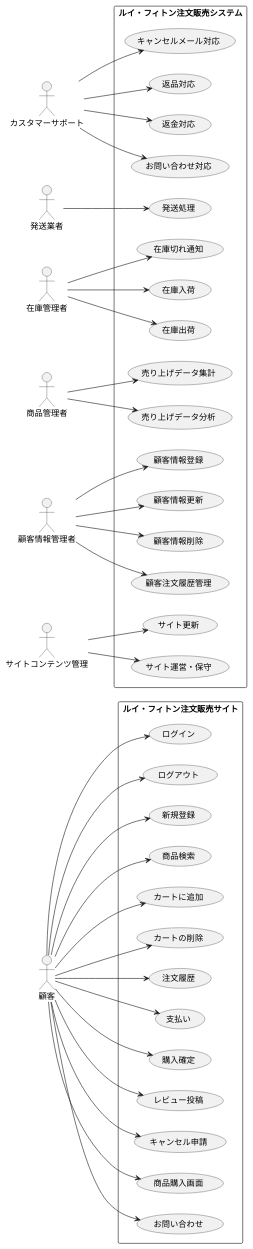
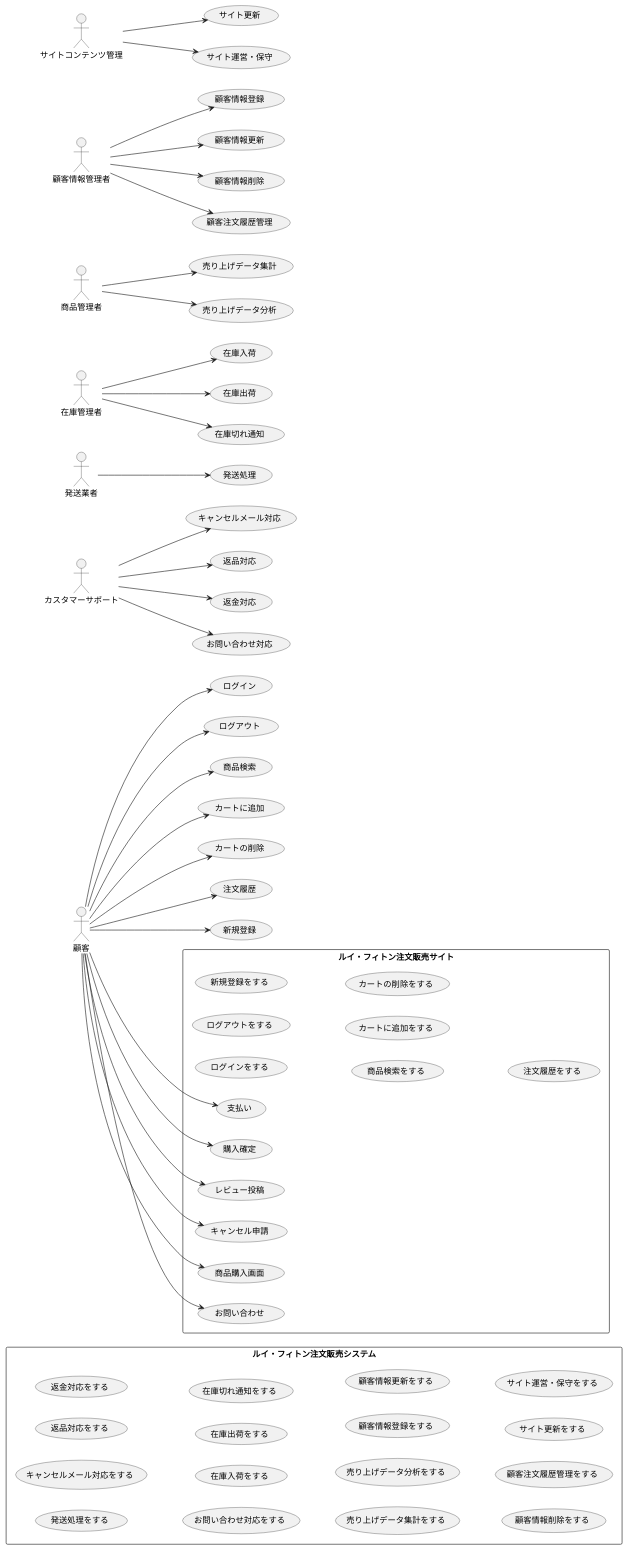
The diagram in ecommerce_usecase.pu (mameiku/group3-4), drawn with PlantUML before and after one commit.

Commit message:
調整

```diff
--- a/ecommerce_usecase.pu
+++ b/ecommerce_usecase.pu
@@ -1,98 +1,98 @@
 @startuml
 left to right direction
 
 actor 顧客
 actor カスタマーサポート
 actor 発送業者
 actor 在庫管理者
 actor 商品管理者
 actor 顧客情報管理者
 actor サイトコンテンツ管理
 
 rectangle "ルイ・フィトン注文販売システム" {
 
   ' --- 管理者 ---
-  (発送処理)
+  (発送処理をする)
 
-  (キャンセルメール対応)
-  (返品対応)
-  (返金対応)
-  (お問い合わせ対応)
+  (キャンセルメール対応をする)
+  (返品対応をする)
+  (返金対応をする)
+  (お問い合わせ対応をする)
 
-  (在庫入荷)
-  (在庫出荷)
-  (在庫切れ通知)
+  (在庫入荷をする)
+  (在庫出荷をする)
+  (在庫切れ通知をする)
 
-  (売り上げデータ集計)
-  (売り上げデータ分析)
+  (売り上げデータ集計をする)
+  (売り上げデータ分析をする)
 
   '--- 顧客情報管理者 ---
-  (顧客情報登録)
-  (顧客情報更新)
-  (顧客情報削除)
-  (顧客注文履歴管理)
+  (顧客情報登録をする)
+  (顧客情報更新をする)
+  (顧客情報削除をする)
+  (顧客注文履歴管理をする)
 
-  (サイト更新)
-  (サイト運営・保守)
+  (サイト更新をする)
+  (サイト運営・保守をする)
 
 }
 
 
 rectangle "ルイ・フィトン注文販売サイト" {
     ' --- 顧客 ---
-  (ログイン)
-  (ログアウト)
-  (新規登録)
-  (商品検索)
-  (カートに追加)
-  (カートの削除)
-  (注文履歴)
+  (ログインをする)
+  (ログアウトをする)
+  (新規登録をする)
+  (商品検索をする)
+  (カートに追加をする)
+  (カートの削除をする)
+  (注文履歴をする)
   (支払い)
   (購入確定)
   (レビュー投稿)
   (キャンセル申請)
   (商品購入画面)
   (お問い合わせ)
 }
 
 
 ' 顧客の動き
 顧客 --> (ログイン)
 顧客 --> (ログアウト)
 顧客 --> (商品検索)
 顧客 --> (カートに追加)
 顧客 --> (カートの削除)
 顧客 --> (注文履歴)
 顧客 --> (新規登録)
 顧客 --> (支払い)
 顧客 --> (購入確定)
 顧客 --> (レビュー投稿)
 顧客 --> (キャンセル申請)
 顧客 --> (商品購入画面)
 顧客 --> (お問い合わせ)
 
 ' 管理者などの動き
 在庫管理者 --> (在庫入荷)
 在庫管理者 --> (在庫出荷)
 在庫管理者 --> (在庫切れ通知)
 
 商品管理者 --> (売り上げデータ集計)
 商品管理者 --> (売り上げデータ分析)
 
 '発送業者とカスタマーサポートの追加
 発送業者 --> (発送処理)
 
 カスタマーサポート --> (キャンセルメール対応)
 カスタマーサポート --> (返品対応)
 カスタマーサポート --> (返金対応)
 カスタマーサポート --> (お問い合わせ対応)
 
 顧客情報管理者 --> (顧客情報登録)
 顧客情報管理者 --> (顧客情報更新)
 顧客情報管理者 --> (顧客情報削除)
 顧客情報管理者 --> (顧客注文履歴管理)
 
 サイトコンテンツ管理 --> (サイト更新)
 サイトコンテンツ管理 --> (サイト運営・保守)
 
 @enduml
```
